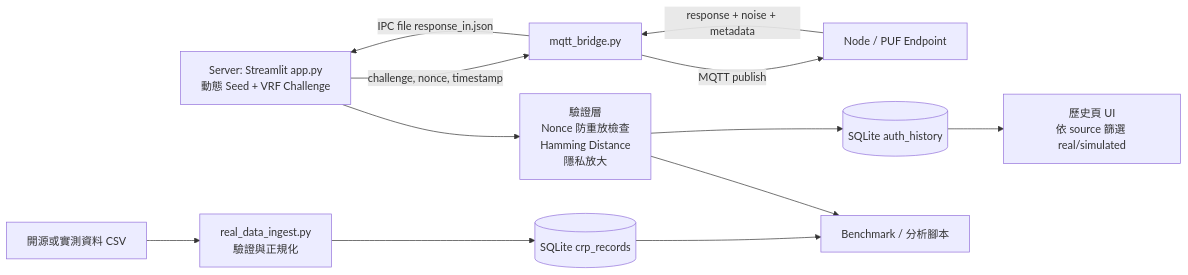
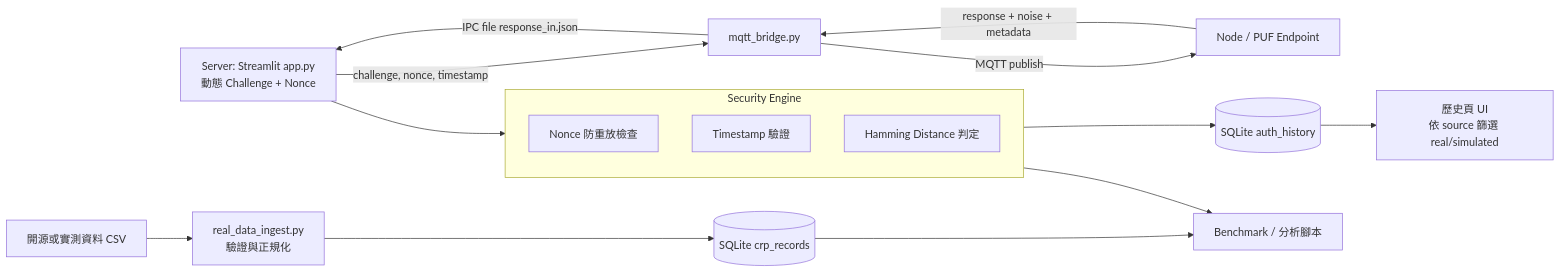
One commit to amare0530/IoT_Security_Project changed the diagram in docs/guides/SYSTEM_DATAFLOW_ARCHITECTURE.md. Above: the diagram before and after it, drawn with Mermaid. The commit also changed other lines of this file and 34 other files, not shown here.

First line of the commit message:
feat: double-track architecture & VRF-primary path (advisor-aligned)

````diff
--- a/docs/guides/SYSTEM_DATAFLOW_ARCHITECTURE.md
+++ b/docs/guides/SYSTEM_DATAFLOW_ARCHITECTURE.md
@@ -3,17 +3,22 @@
 ```mermaid
 flowchart LR
-    A[Server: Streamlit app.py\n動態 Seed + VRF Challenge] -->|challenge, nonce, timestamp| B[mqtt_bridge.py]
+    A[Server: Streamlit app.py\n動態 Challenge + Nonce] -->|challenge, nonce, timestamp| B[mqtt_bridge.py]
     B -->|MQTT publish| C[Node / PUF Endpoint]
     C -->|response + noise + metadata| B
     B -->|IPC file response_in.json| A
 
-    A --> D[驗證層\nNonce 防重放檢查\nHamming Distance\n隱私放大]
-    D --> E[(SQLite auth_history)]
+    A --> S
+    subgraph S[Security Engine]
+        D[Nonce 防重放檢查]
+        D2[Timestamp 驗證]
+        D3[Hamming Distance 判定]
+    end
+    S --> E[(SQLite auth_history)]
     E --> F[歷史頁 UI\n依 source 篩選 real/simulated]
 
     G[開源或實測資料 CSV] --> H[real_data_ingest.py\n驗證與正規化]
     H --> I[(SQLite crp_records)]
     I --> J[Benchmark / 分析腳本]
 
-    D --> J
+    S --> J
 ```
````
